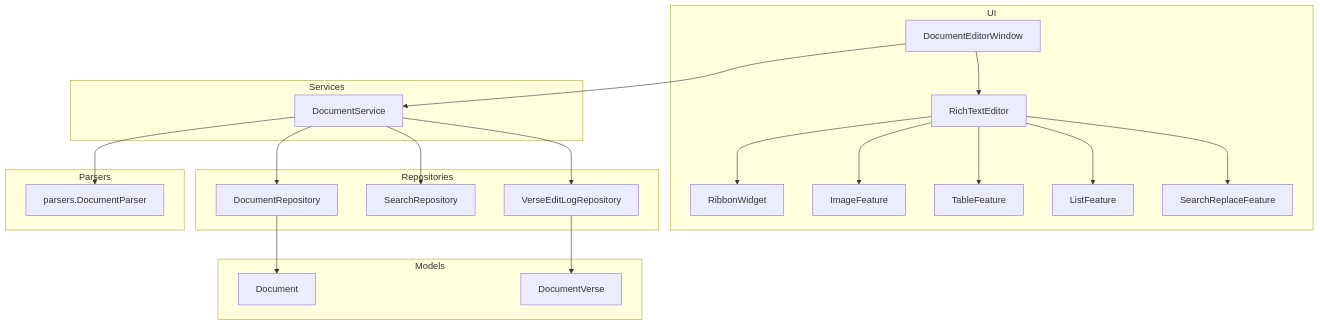
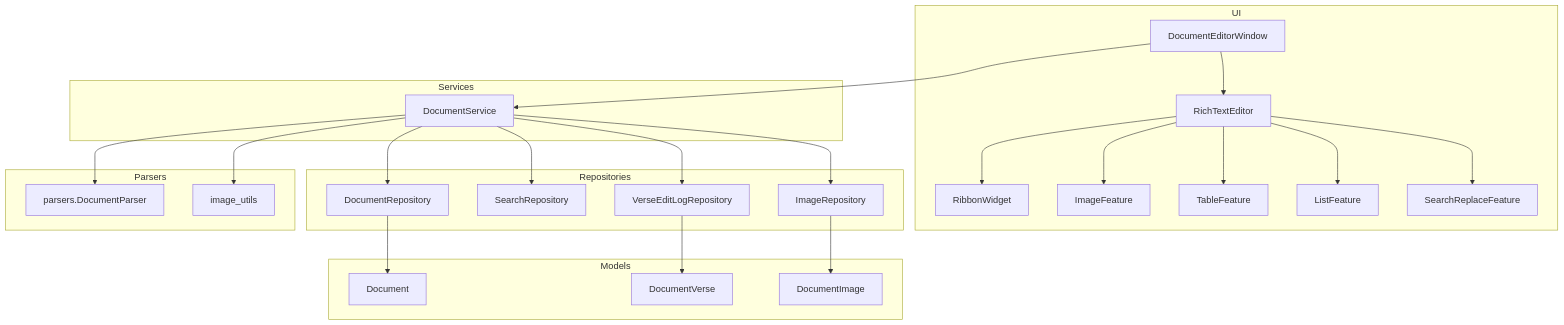
One commit to TheDaniel166/IsopGem changed the first of 12 diagrams in .qoder/repowiki/en/content/Architecture Overview/Pillar-Based Architecture/Document Manager Pillar/Document Editing System.md. Above: the diagram before and after it, drawn with Mermaid. The commit also changed other lines of this file and 36 other files, not shown here.

````diff
--- a/.qoder/repowiki/en/content/Architecture Overview/Pillar-Based Architecture/Document Manager Pillar/Document Editing System.md
+++ b/.qoder/repowiki/en/content/Architecture Overview/Pillar-Based Architecture/Document Manager Pillar/Document Editing System.md
@@ -54,40 +66,46 @@
 ```mermaid
 graph TB
 subgraph "UI"
 DEW["DocumentEditorWindow"]
 RTE["RichTextEditor"]
 RW["RibbonWidget"]
 IF["ImageFeature"]
 TF["TableFeature"]
 LF["ListFeature"]
 SF["SearchReplaceFeature"]
 end
 subgraph "Services"
 DS["DocumentService"]
 end
 subgraph "Repositories"
 DR["DocumentRepository"]
 SER["SearchRepository"]
 VLR["VerseEditLogRepository"]
+IR["ImageRepository"]
 end
 subgraph "Models"
 DM["Document"]
 DV["DocumentVerse"]
+DI["DocumentImage"]
 end
 subgraph "Parsers"
 PARS["parsers.DocumentParser"]
+IU["image_utils"]
 end
 DEW --> RTE
 RTE --> RW
 RTE --> IF
 RTE --> TF
 RTE --> LF
 RTE --> SF
 DEW --> DS
 DS --> DR
 DS --> SER
 DS --> VLR
+DS --> IR
 DR --> DM
 VLR --> DV
+IR --> DI
 DS --> PARS
+DS --> IU
 ```
````
